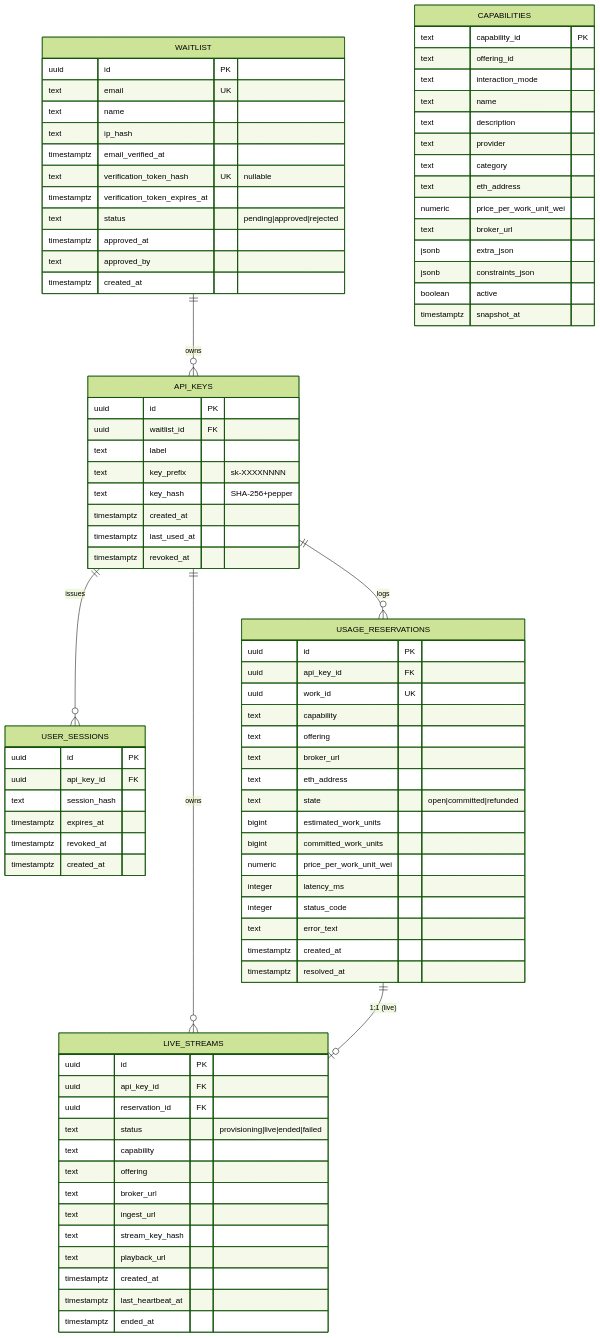
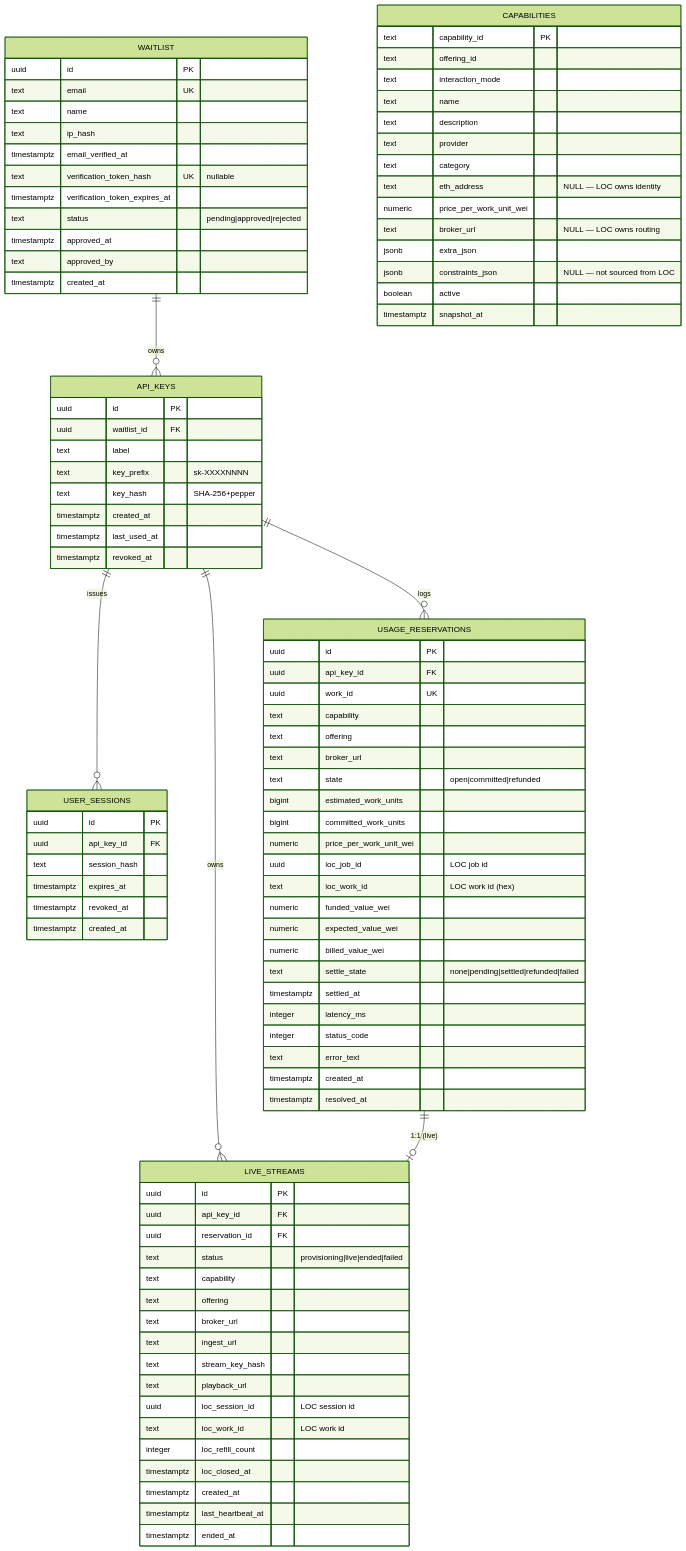
Before and after one commit to Cloud-SPE/livepeer-modules-transcode-gateway: the second of 5 diagrams in ARCHITECTURE.md, drawn with Mermaid (forest theme). The commit also changed other lines of this file and 59 other files, not shown here.

```diff
--- a/ARCHITECTURE.md
+++ b/ARCHITECTURE.md
@@ -161,11 +158,17 @@
     text capability
     text offering
     text broker_url
-    text eth_address
     text state "open|committed|refunded"
     bigint estimated_work_units
     bigint committed_work_units
     numeric price_per_work_unit_wei
+    uuid loc_job_id "LOC job id"
+    text loc_work_id "LOC work id (hex)"
+    numeric funded_value_wei
+    numeric expected_value_wei
+    numeric billed_value_wei
+    text settle_state "none|pending|settled|refunded|failed"
+    timestamptz settled_at
     integer latency_ms
     integer status_code
     text error_text
@@ -184,6 +187,10 @@
     text ingest_url
     text stream_key_hash
     text playback_url
+    uuid loc_session_id "LOC session id"
+    text loc_work_id "LOC work id"
+    integer loc_refill_count
+    timestamptz loc_closed_at
     timestamptz created_at
     timestamptz last_heartbeat_at
     timestamptz ended_at
@@ -197,11 +204,11 @@
     text description
     text provider
     text category
-    text eth_address
+    text eth_address "NULL — LOC owns identity"
     numeric price_per_work_unit_wei
-    text broker_url
+    text broker_url "NULL — LOC owns routing"
     jsonb extra_json
-    jsonb constraints_json
+    jsonb constraints_json "NULL — not sourced from LOC"
     boolean active
     timestamptz snapshot_at
   }
```
